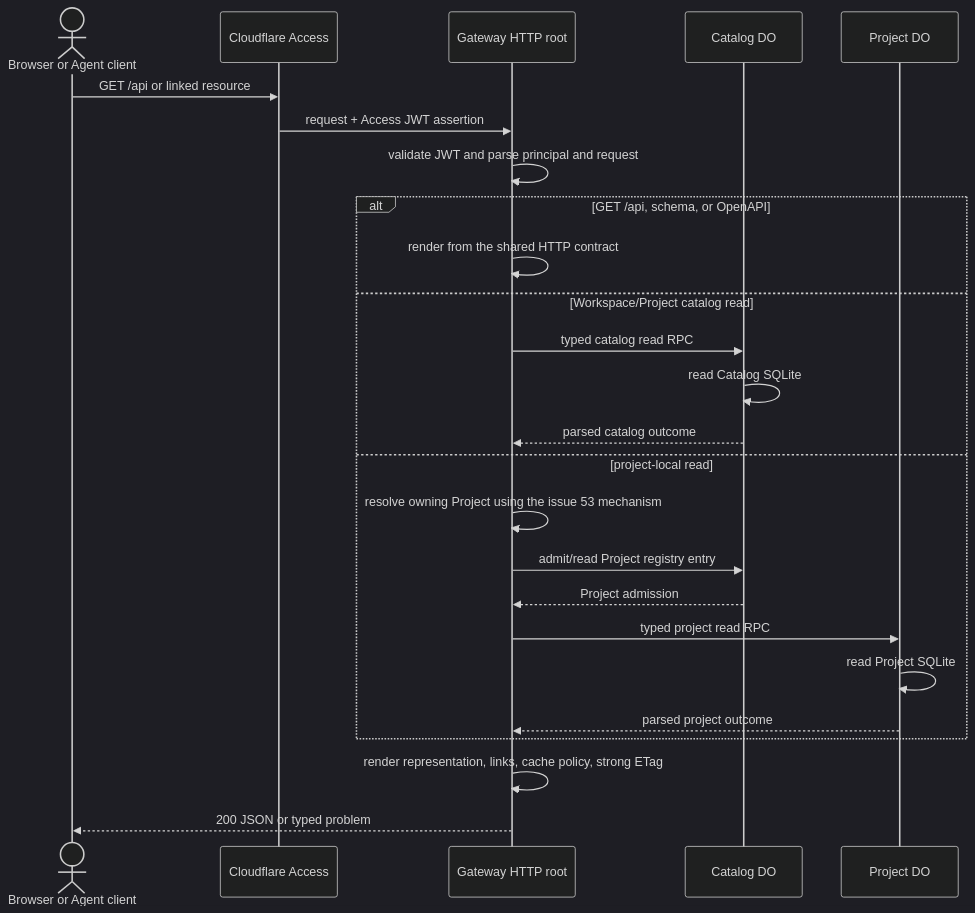
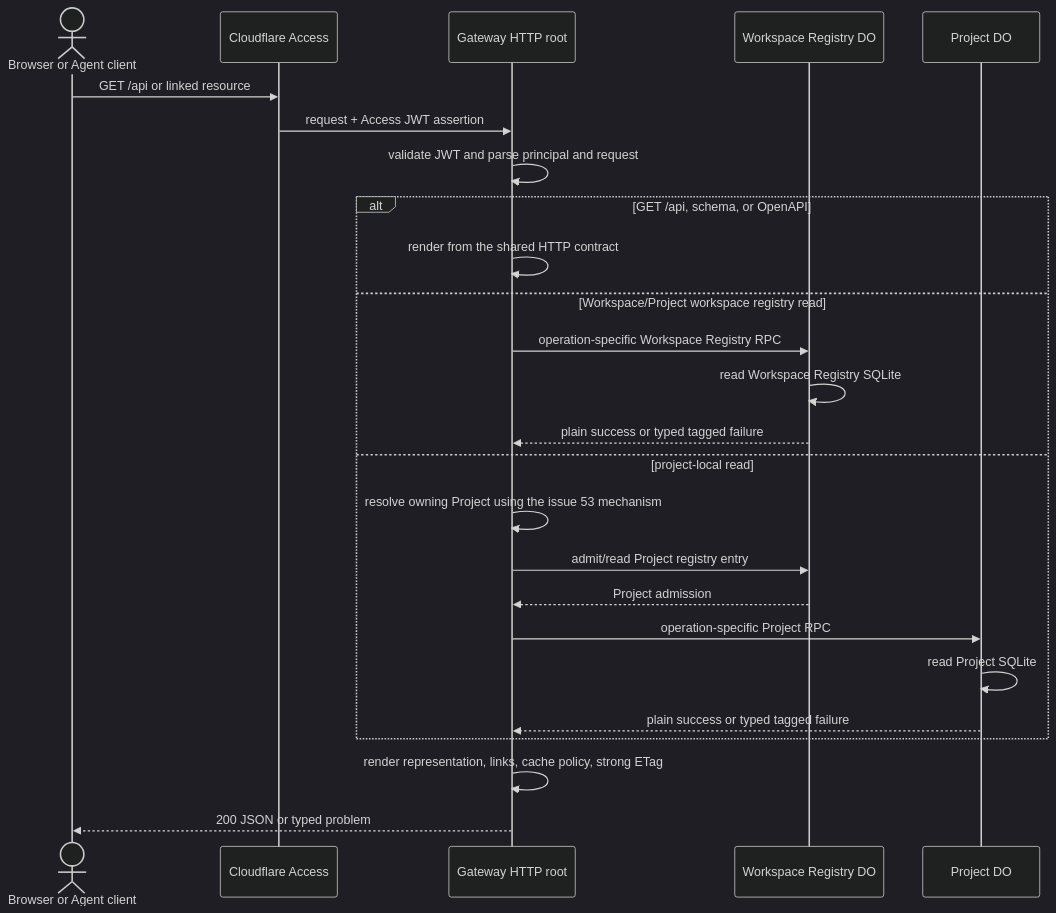
One commit to dmmulroy/overseer changed the second of 6 diagrams in docs/adr/0001-mvp-system-architecture.md. Above: the diagram before and after it, drawn with Mermaid (dark theme). The commit also changed other lines of this file and 103 other files, not shown here.

````diff
--- a/docs/adr/0001-mvp-system-architecture.md
+++ b/docs/adr/0001-mvp-system-architecture.md
@@ -124,28 +124,28 @@
 ```mermaid
 sequenceDiagram
   actor C as Browser or Agent client
   participant A as Cloudflare Access
   participant G as Gateway HTTP root
-  participant CDO as Catalog DO
+  participant CDO as Workspace Registry DO
   participant PDO as Project DO
 
   C->>A: GET /api or linked resource
   A->>G: request + Access JWT assertion
   G->>G: validate JWT and parse principal and request
   alt GET /api, schema, or OpenAPI
     G->>G: render from the shared HTTP contract
-  else Workspace/Project catalog read
-    G->>CDO: typed catalog read RPC
-    CDO->>CDO: read Catalog SQLite
-    CDO-->>G: parsed catalog outcome
+  else Workspace/Project workspace registry read
+    G->>CDO: operation-specific Workspace Registry RPC
+    CDO->>CDO: read Workspace Registry SQLite
+    CDO-->>G: plain success or typed tagged failure
   else project-local read
     G->>G: resolve owning Project using the issue 53 mechanism
     G->>CDO: admit/read Project registry entry
     CDO-->>G: Project admission
-    G->>PDO: typed project read RPC
+    G->>PDO: operation-specific Project RPC
     PDO->>PDO: read Project SQLite
-    PDO-->>G: parsed project outcome
+    PDO-->>G: plain success or typed tagged failure
   end
   G->>G: render representation, links, cache policy, strong ETag
   G-->>C: 200 JSON or typed problem
 ```
````
